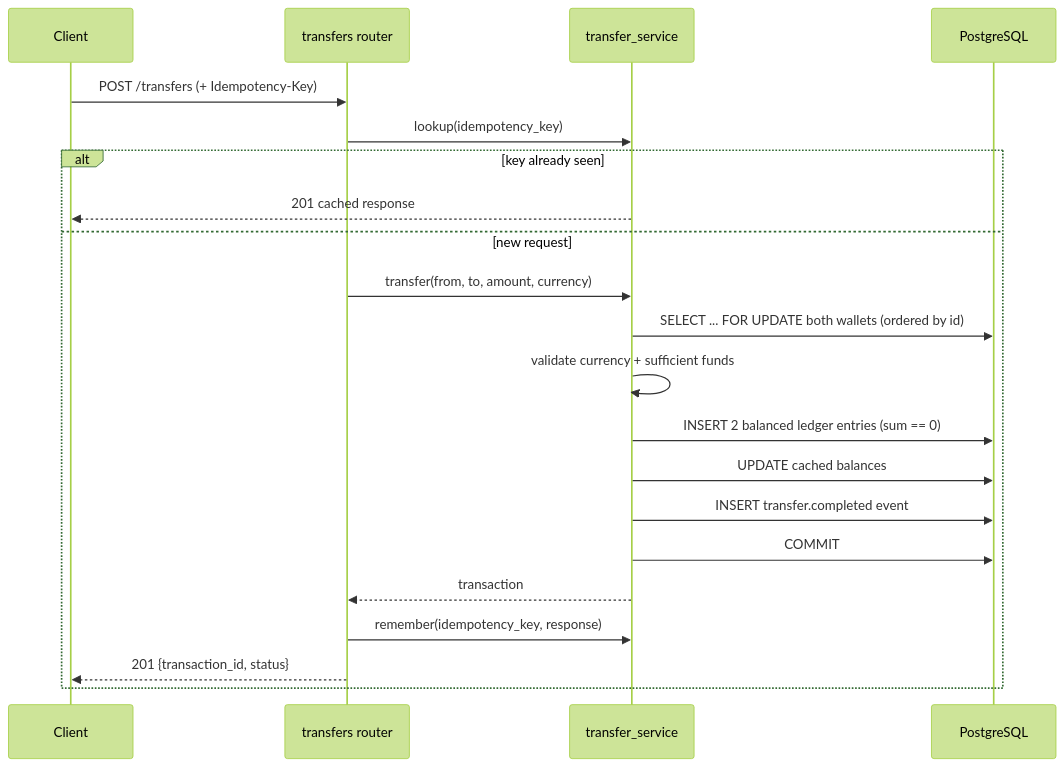
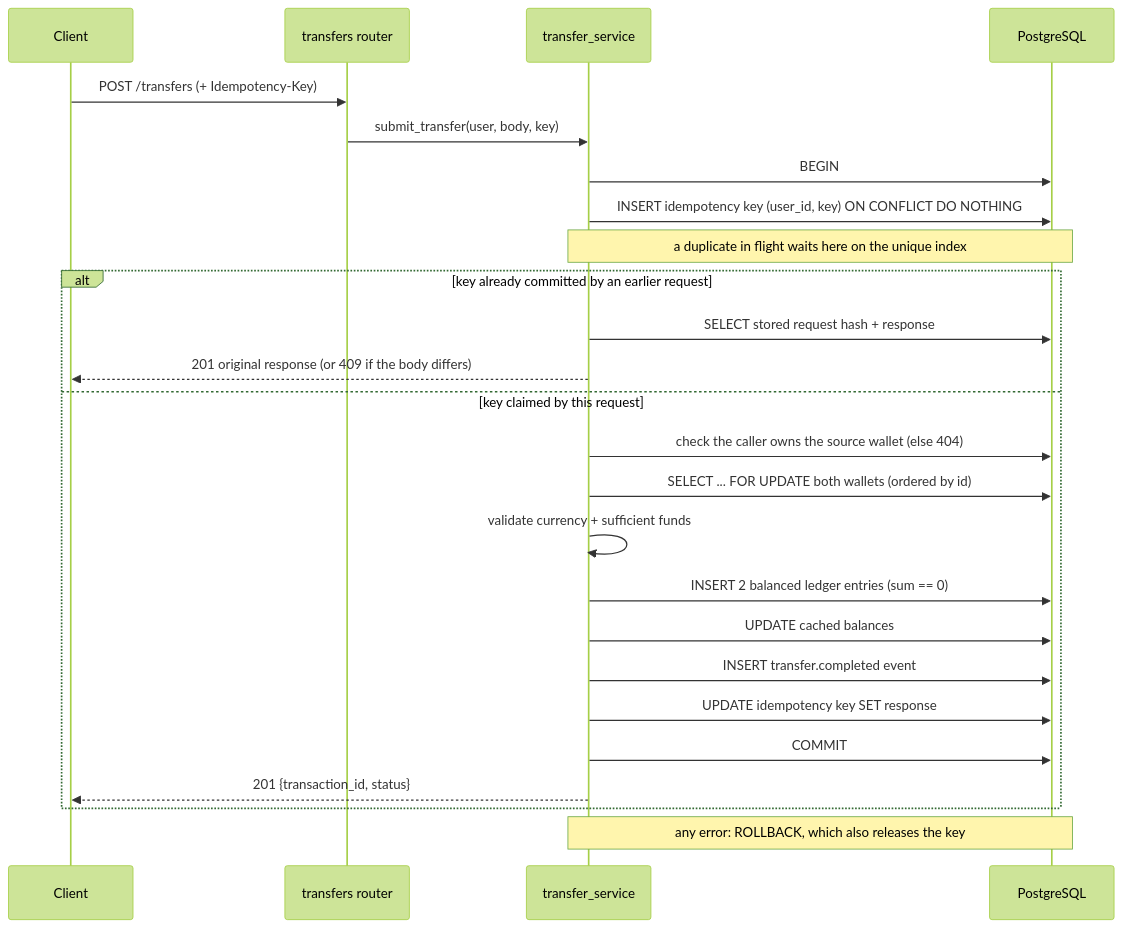
The second of 2 diagrams in docs/architecture.md (gabryelvs/payledger), drawn with Mermaid (forest theme) before and after one commit. The commit also changed other lines of this file and 2 other files, not shown here.

First line of the commit message:
docs: describe ownership, atomic idempotency and demo deposits

````diff
--- a/docs/architecture.md
+++ b/docs/architecture.md
@@ -28,24 +32,28 @@
 ```mermaid
 sequenceDiagram
     participant C as Client
     participant T as transfers router
     participant S as transfer_service
     participant DB as PostgreSQL
 
     C->>T: POST /transfers (+ Idempotency-Key)
-    T->>S: lookup(idempotency_key)
-    alt key already seen
-        S-->>C: 201 cached response
-    else new request
-        T->>S: transfer(from, to, amount, currency)
+    T->>S: submit_transfer(user, body, key)
+    S->>DB: BEGIN
+    S->>DB: INSERT idempotency key (user_id, key) ON CONFLICT DO NOTHING
+    Note over S,DB: a duplicate in flight waits here on the unique index
+    alt key already committed by an earlier request
+        S->>DB: SELECT stored request hash + response
+        S-->>C: 201 original response (or 409 if the body differs)
+    else key claimed by this request
+        S->>DB: check the caller owns the source wallet (else 404)
         S->>DB: SELECT ... FOR UPDATE both wallets (ordered by id)
         S->>S: validate currency + sufficient funds
         S->>DB: INSERT 2 balanced ledger entries (sum == 0)
         S->>DB: UPDATE cached balances
         S->>DB: INSERT transfer.completed event
+        S->>DB: UPDATE idempotency key SET response
         S->>DB: COMMIT
-        S-->>T: transaction
-        T->>S: remember(idempotency_key, response)
-        T-->>C: 201 {transaction_id, status}
+        S-->>C: 201 {transaction_id, status}
     end
+    Note over S,DB: any error: ROLLBACK, which also releases the key
 ```
````
